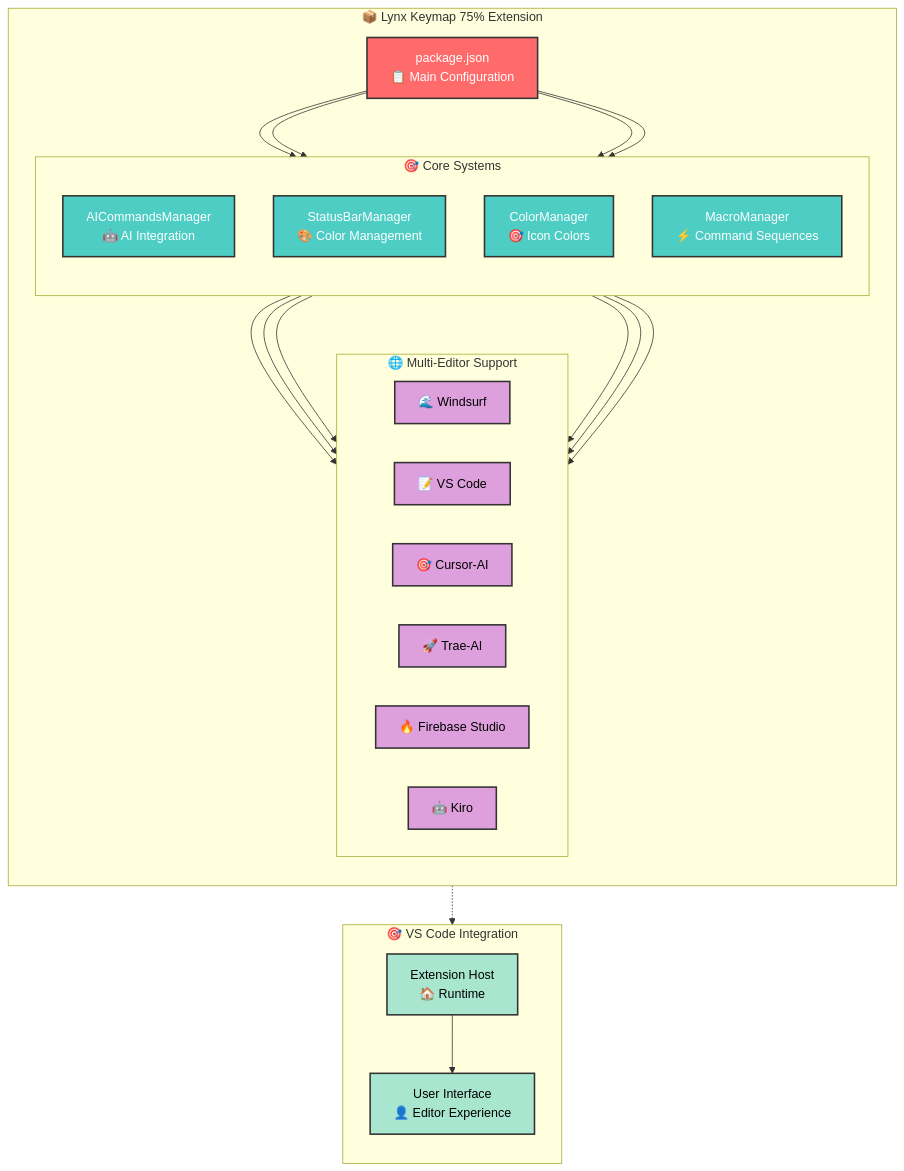
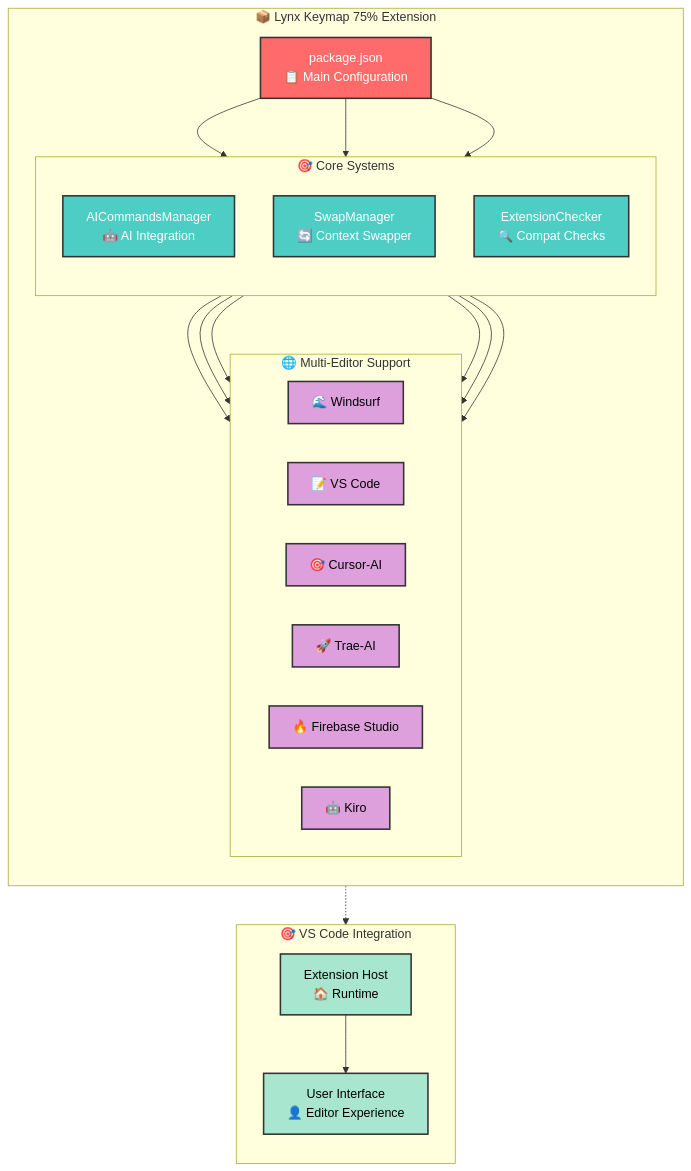
The diagram in ARCHITECTURE.md (bastndev/Lynx-Keymap-75), drawn with Mermaid before and after one commit. The commit also changed other lines of this file and 1 other file, not shown here.

Commit message:
🛠️ chore: add .myskills to gitignore and update architecture documentation

````diff
--- a/ARCHITECTURE.md
+++ b/ARCHITECTURE.md
@@ -20,56 +18,54 @@
 ```mermaid
 graph TB
     subgraph "📦 Lynx Keymap 75% Extension"
         direction TB
         A[package.json<br/>📋 Main Configuration]
 
         subgraph "🎯 Core Systems"
             direction TB
             E[AICommandsManager<br/>🤖 AI Integration]
-            F[StatusBarManager<br/>🎨 Color Management]
-            G[ColorManager<br/>🎯 Icon Colors]
-            H[MacroManager<br/>⚡ Command Sequences]
+            F[SwapManager<br/>🔄 Context Swapper]
+            G[ExtensionChecker<br/>🔍 Compat Checks]
         end
 
         subgraph "🌐 Multi-Editor Support"
             direction LR
             K[🌊 Windsurf]
             L[📝 VS Code]
             M[🎯 Cursor-AI]
             N[🚀 Trae-AI]
             O[🔥 Firebase Studio]
             P[🤖 Kiro]
         end
     end
 
     subgraph "🎯 VS Code Integration"
         direction TB
         W[Extension Host<br/>🏠 Runtime]
         Z[User Interface<br/>👤 Editor Experience]
     end
 
     %% Main connections
     A --> E
     A --> F
     A --> G
-    A --> H
     E --> K
     E --> L
     E --> M
     E --> N
     E --> O
     E --> P
     A -.-> W
     W --> Z
 
     %% Styling
     classDef mainConfig fill:#ff6b6b,stroke:#333,stroke-width:2px,color:#fff
     classDef managers fill:#4ecdc4,stroke:#333,stroke-width:2px,color:#fff
     classDef editors fill:#dda0dd,stroke:#333,stroke-width:2px,color:#000
     classDef integration fill:#a8e6cf,stroke:#333,stroke-width:2px,color:#000
 
     class A mainConfig
-    class E,F,G,H managers
+    class E,F,G managers
     class K,L,M,N,O,P editors
     class W,Z integration
 ```
````
